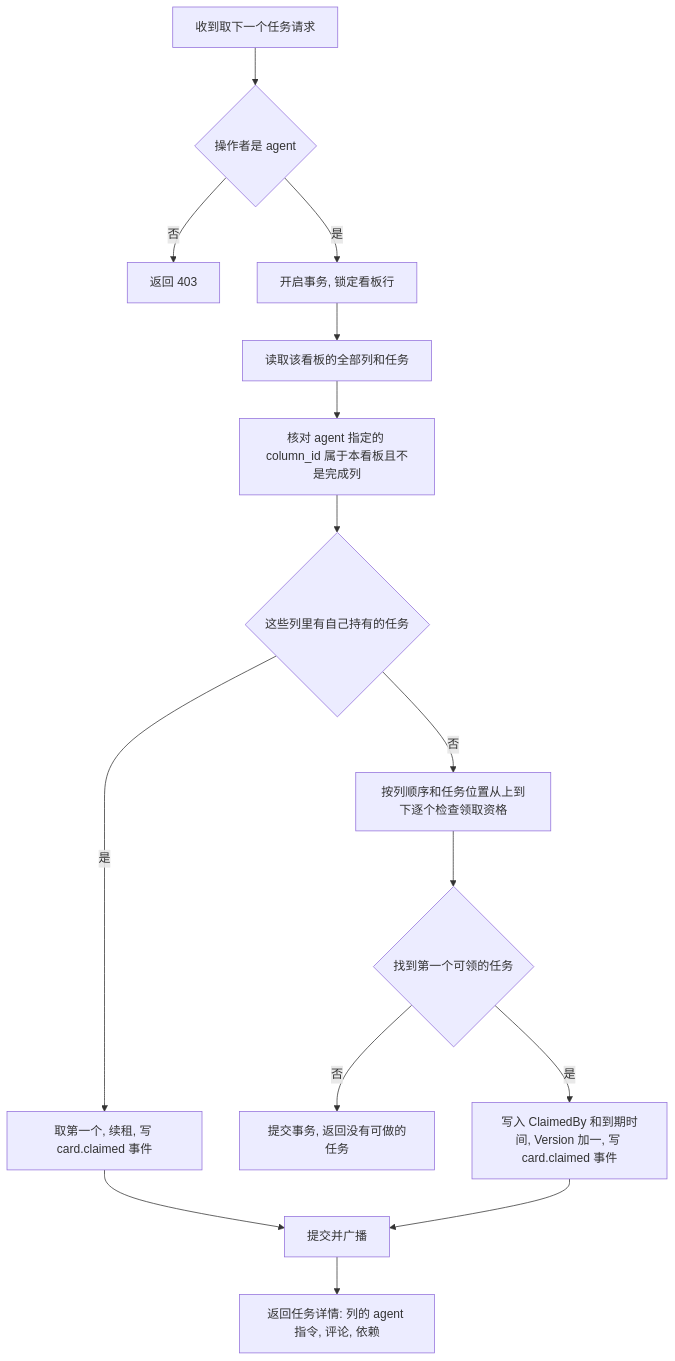
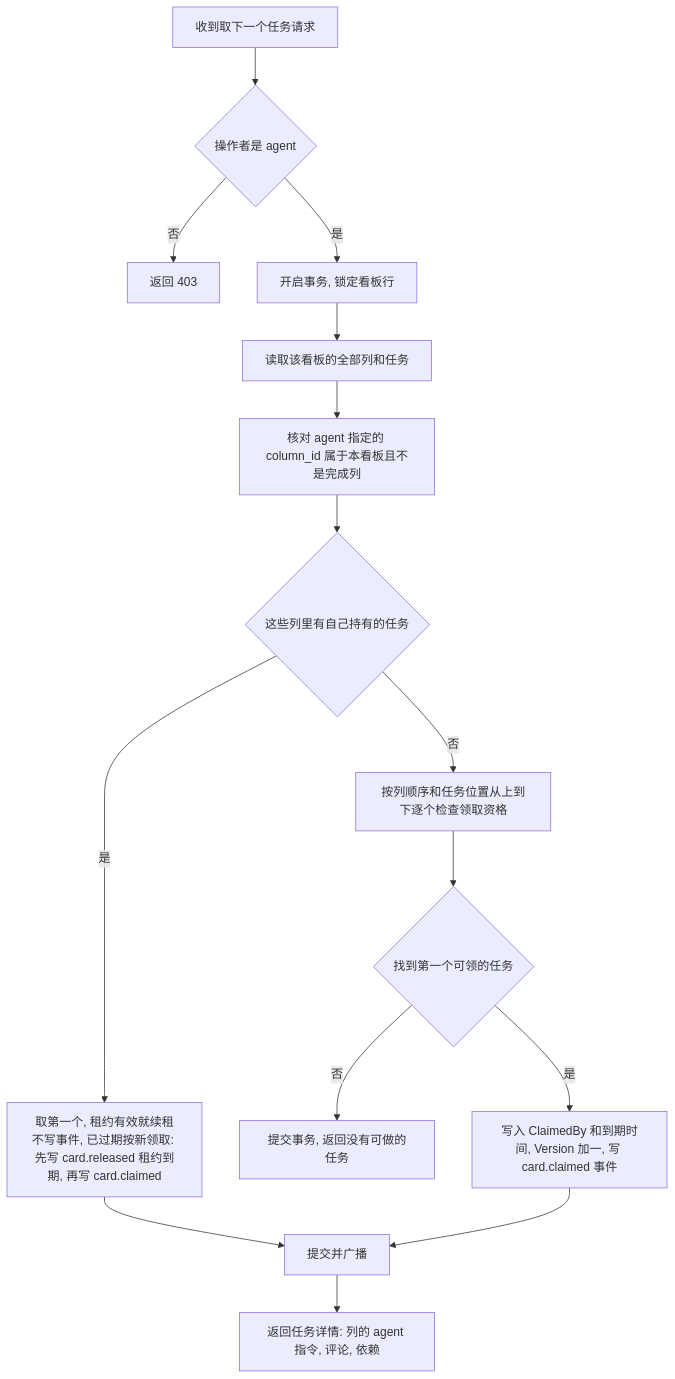
Before and after one commit to ixugo/slate-kanban: the first of 5 diagrams in .cursor/scopes/kanban.claim.go.md, drawn with Mermaid. The commit also changed other lines of this file and 19 other files, not shown here.

````diff
--- a/.cursor/scopes/kanban.claim.go.md
+++ b/.cursor/scopes/kanban.claim.go.md
@@ -49,17 +52,17 @@
 ```mermaid
 flowchart TD
     A[收到取下一个任务请求] --> B{操作者是 agent}
     B -->|否| Z1[返回 403]
     B -->|是| C[开启事务, 锁定看板行]
     C --> D[读取该看板的全部列和任务]
     D --> E[核对 agent 指定的 column_id 属于本看板且不是完成列]
     E --> F{这些列里有自己持有的任务}
-    F -->|是| G[取第一个, 续租, 写 card.claimed 事件]
+    F -->|是| G[取第一个, 租约有效就续租不写事件, 已过期按新领取: 先写 card.released 租约到期, 再写 card.claimed]
     F -->|否| H[按列顺序和任务位置从上到下逐个检查领取资格]
     H --> I{找到第一个可领的任务}
     I -->|否| J[提交事务, 返回没有可做的任务]
     I -->|是| K[写入 ClaimedBy 和到期时间, Version 加一, 写 card.claimed 事件]
     G --> L[提交并广播]
     K --> L
     L --> M[返回任务详情: 列的 agent 指令, 评论, 依赖]
 ```
````
